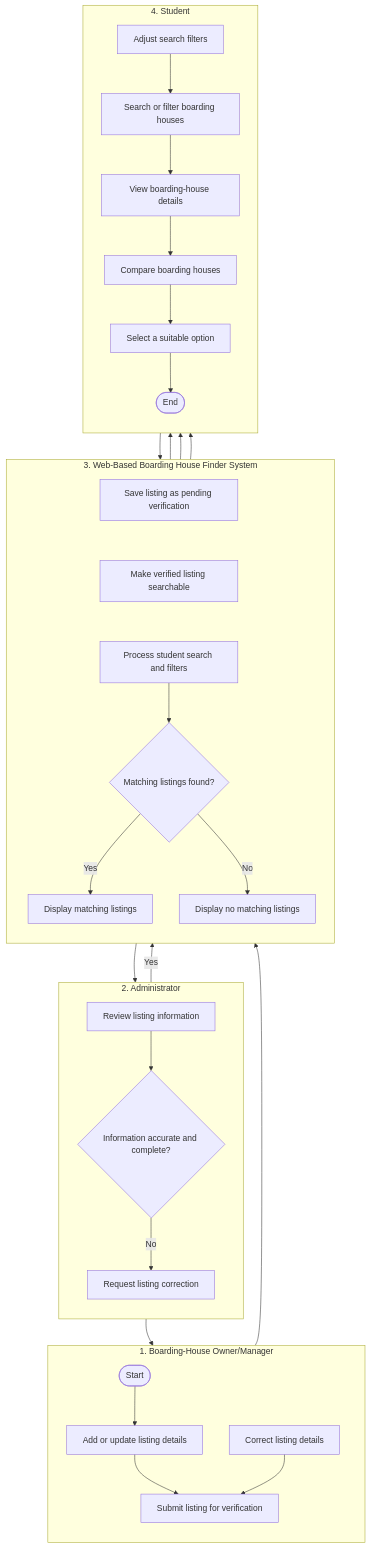
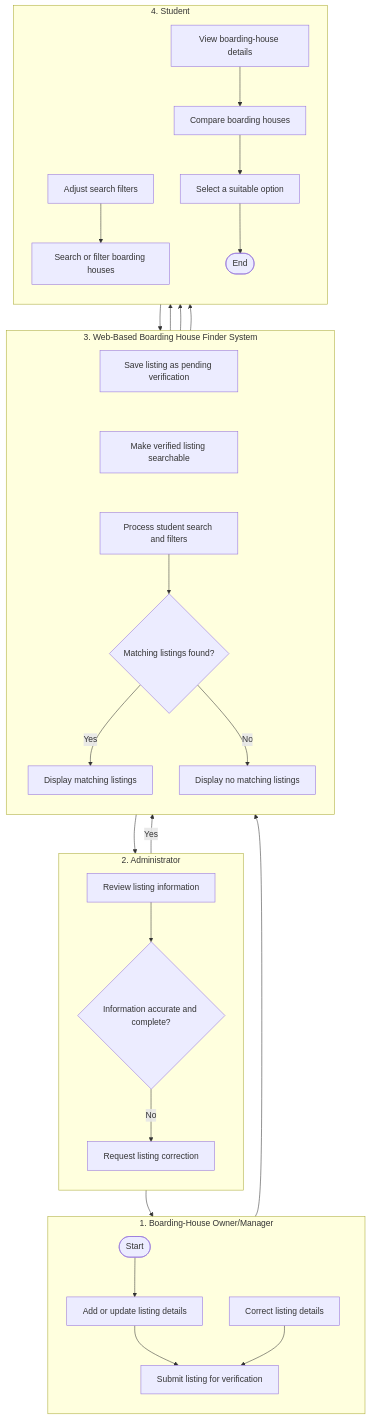
One commit to joanaandes23/web-based-boarding-house-finder changed the diagram in docs/architecture/activity.md. Above: the diagram before and after it, drawn with Mermaid. The commit also changed other lines of this file, not shown here.

````diff
--- a/docs/architecture/activity.md
+++ b/docs/architecture/activity.md
@@ -6,62 +5,63 @@
 ```mermaid
 flowchart TB
 
     subgraph Owner["1. Boarding-House Owner/Manager"]
         direction TB
         O1([Start])
         O2["Add or update listing details"]
         O3["Submit listing for verification"]
         O4["Correct listing details"]
         O1 --> O2 --> O3
         O4 --> O3
     end
 
     subgraph Admin["2. Administrator"]
         direction TB
         A1["Review listing information"]
         A2{"Information accurate and complete?"}
         A3["Request listing correction"]
         A1 --> A2
         A2 -->|No| A3
     end
 
     subgraph System["3. Web-Based Boarding House Finder System"]
         direction TB
         S1["Save listing as pending verification"]
         S2["Make verified listing searchable"]
         S3["Process student search and filters"]
         S4{"Matching listings found?"}
         S5["Display matching listings"]
         S6["Display no matching listings"]
         S1 ~~~ S2
         S2 ~~~ S3
         S3 --> S4
         S4 -->|Yes| S5
         S4 -->|No| S6
     end
 
     subgraph Student["4. Student"]
         direction TB
         T1["Search or filter boarding houses"]
         T2["View boarding-house details"]
         T3["Compare boarding houses"]
         T4["Adjust search filters"]
         T5["Select a suitable option"]
         E([End])
-        T1 --> T2 --> T3 --> T5 --> E
+        T1
+        T2 --> T3 --> T5 --> E
         T4 --> T1
     end
 
     O3 --> S1
     S1 --> A1
     A2 -->|Yes| S2
     A3 --> O4
     S2 --> T1
     T1 --> S3
     S5 --> T2
     S6 --> T4
 
     Owner ~~~ Admin
     Admin ~~~ System
     System ~~~ Student
 ```
````
